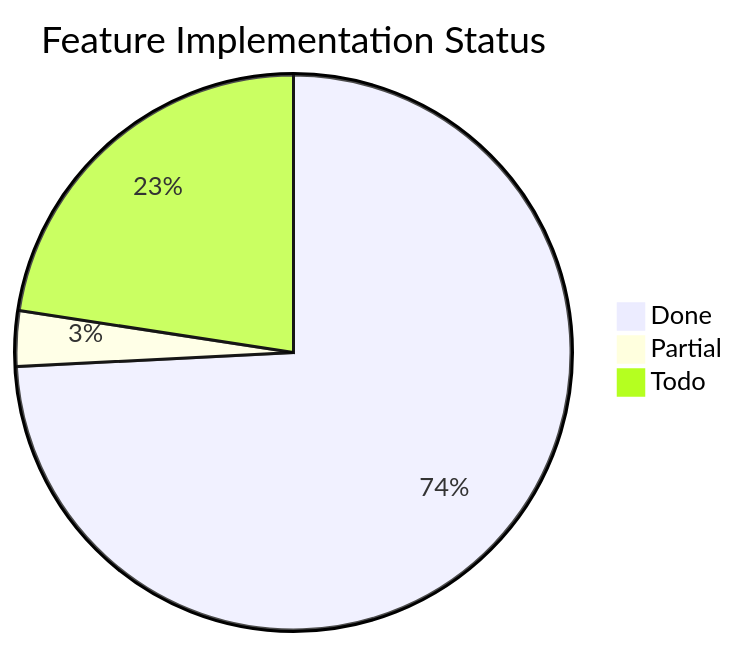
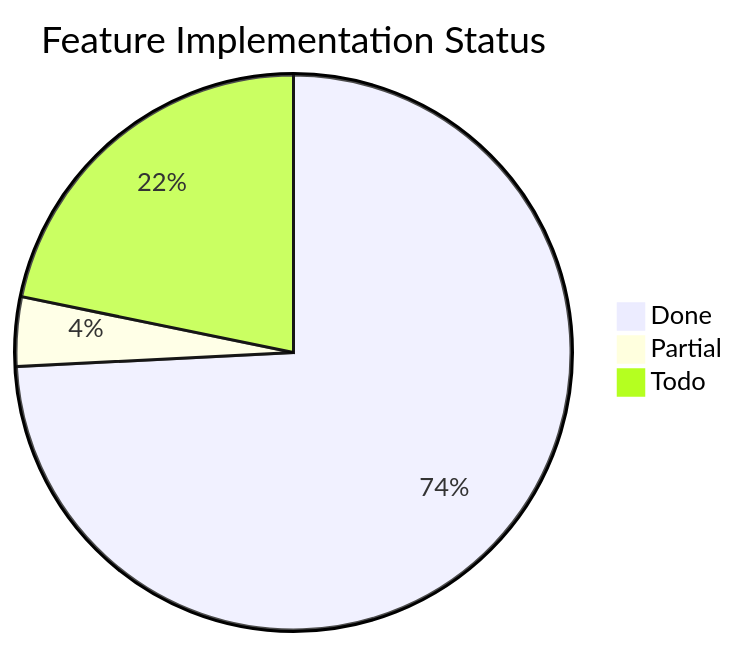
Before and after one commit to Papyrine/Morph: the third of 3 diagrams in docs/word-features.md, drawn with Mermaid. The commit also changed other lines of this file and 4 other files, not shown here.

````diff
--- a/docs/word-features.md
+++ b/docs/word-features.md
@@ -1855,6 +1860,6 @@
 ```mermaid
 pie title Feature Implementation Status
     "Done" : 92
-    "Partial" : 4
-    "Todo" : 28
+    "Partial" : 5
+    "Todo" : 27
 ```
````
